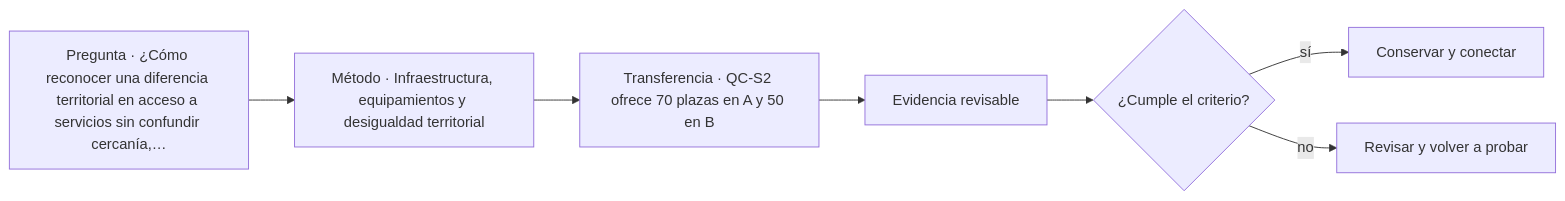
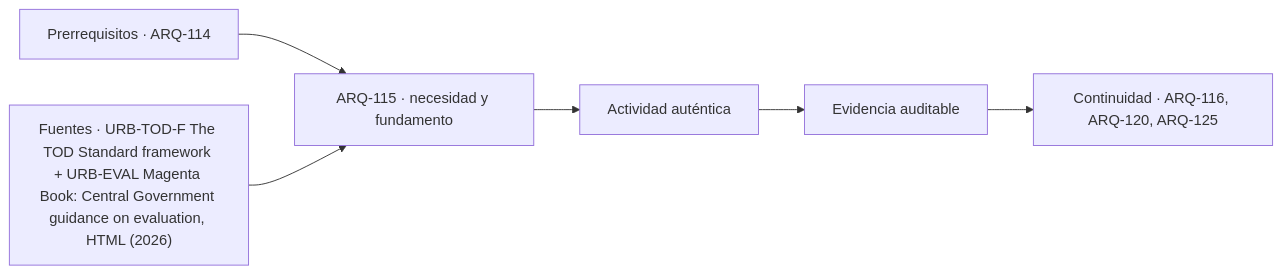
One commit to vladimiracunadev-create/architecture-built-environment-learning-program changed the diagram in classes/parte-12/ARQ-115.md. Above: the diagram before and after it, drawn with Mermaid. The commit also changed other lines of this file and 761 other files, not shown here.

````diff
--- a/classes/parte-12/ARQ-115.md
+++ b/classes/parte-12/ARQ-115.md
@@ -112,9 +124,8 @@
 ```mermaid
 flowchart LR
-    Q["Pregunta · ¿Cómo reconocer una diferencia territorial en acceso a servicios sin confundir cercanía,…"] --> M["Método · Infraestructura, equipamientos y desigualdad territorial"]
-    M --> P["Transferencia · QC-S2 ofrece 70 plazas en A y 50 en B"]
-    P --> E["Evidencia revisable"]
-    E --> C{"¿Cumple el criterio?"}
-    C -->|sí| T["Conservar y conectar"]
-    C -->|no| R["Revisar y volver a probar"]
+    A["Prerrequisitos · ARQ-114"] --> B["ARQ-115 · necesidad y fundamento"]
+    S["Fuentes · URB-TOD-F The TOD Standard framework + URB-EVAL Magenta Book: Central Government guidance on evaluation, HTML (2026)"] --> B
+    B --> C["Actividad auténtica"]
+    C --> D["Evidencia auditable"]
+    D --> E["Continuidad · ARQ-116, ARQ-120, ARQ-125"]
 ```
````
